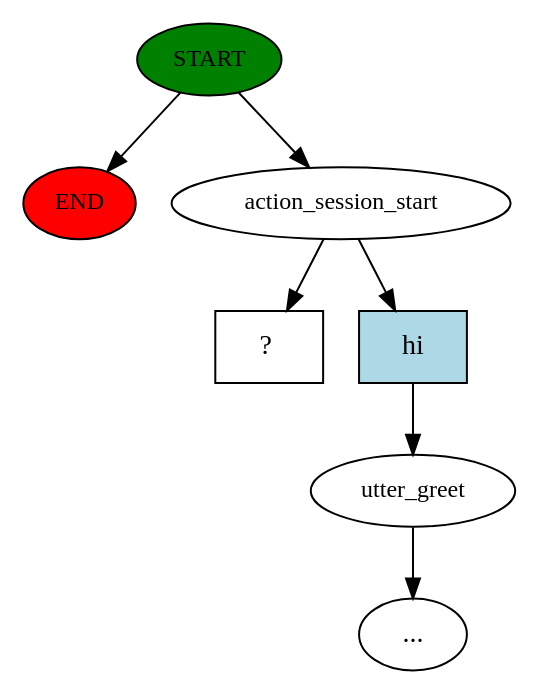
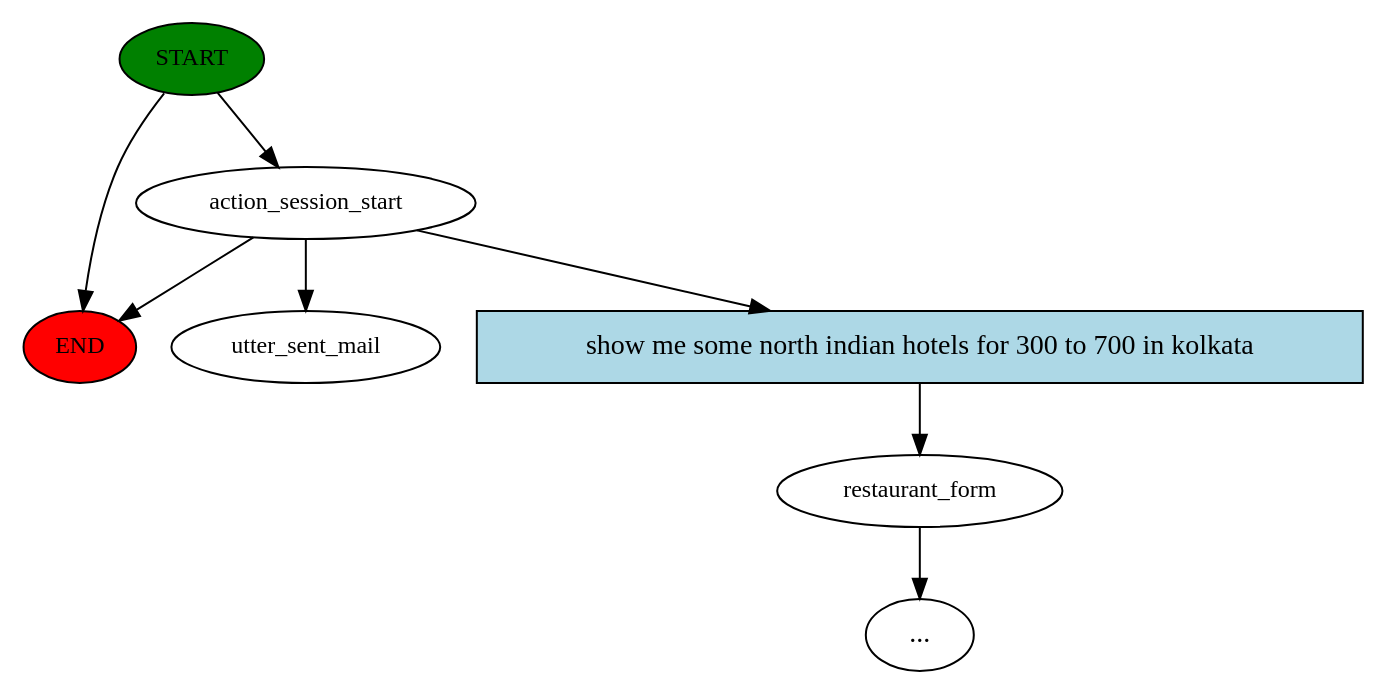
Before and after one commit to madhavikoduganti/Foodie: the diagram in Rasa_basic_folder/story_graph.dot, drawn with Graphviz. The commit also changed 10 other files, not shown here.

```diff
--- a/Rasa_basic_folder/story_graph.dot
+++ b/Rasa_basic_folder/story_graph.dot
@@ -1,15 +1,16 @@
 digraph  {
 0 [class="start active", fillcolor=green, fontsize=12, label=START, style=filled];
 "-1" [class=end, fillcolor=red, fontsize=12, label=END, style=filled];
 1 [class=active, fontsize=12, label=action_session_start];
-2 [class="", fontsize=12, label=utter_greet];
+2 [class="", fontsize=12, label=restaurant_form];
 "-3" [class=ellipsis, label="..."];
-4 [class="intent dashed active", label="  ?  ", shape=rect];
-5 [class=intent, fillcolor=lightblue, label=hi, shape=rect, style=filled];
+5 [class="dashed active", fontsize=12, label=utter_sent_mail];
+6 [class=intent, fillcolor=lightblue, label="show me some north indian hotels for 300 to 700 in kolkata", shape=rect, style=filled];
 0 -> "-1"  [class="", key=NONE, label=""];
 0 -> 1  [class=active, key=NONE, label=""];
-1 -> 4  [class=active, key=NONE, label=""];
-1 -> 5  [class="", key=0];
+1 -> "-1"  [class="", key=NONE, label=""];
+1 -> 5  [class=active, key=NONE, label=""];
+1 -> 6  [class="", key=0];
 2 -> "-3"  [class="", key=NONE, label=""];
-5 -> 2  [class="", key=0];
+6 -> 2  [class="", key=0];
 }
```
